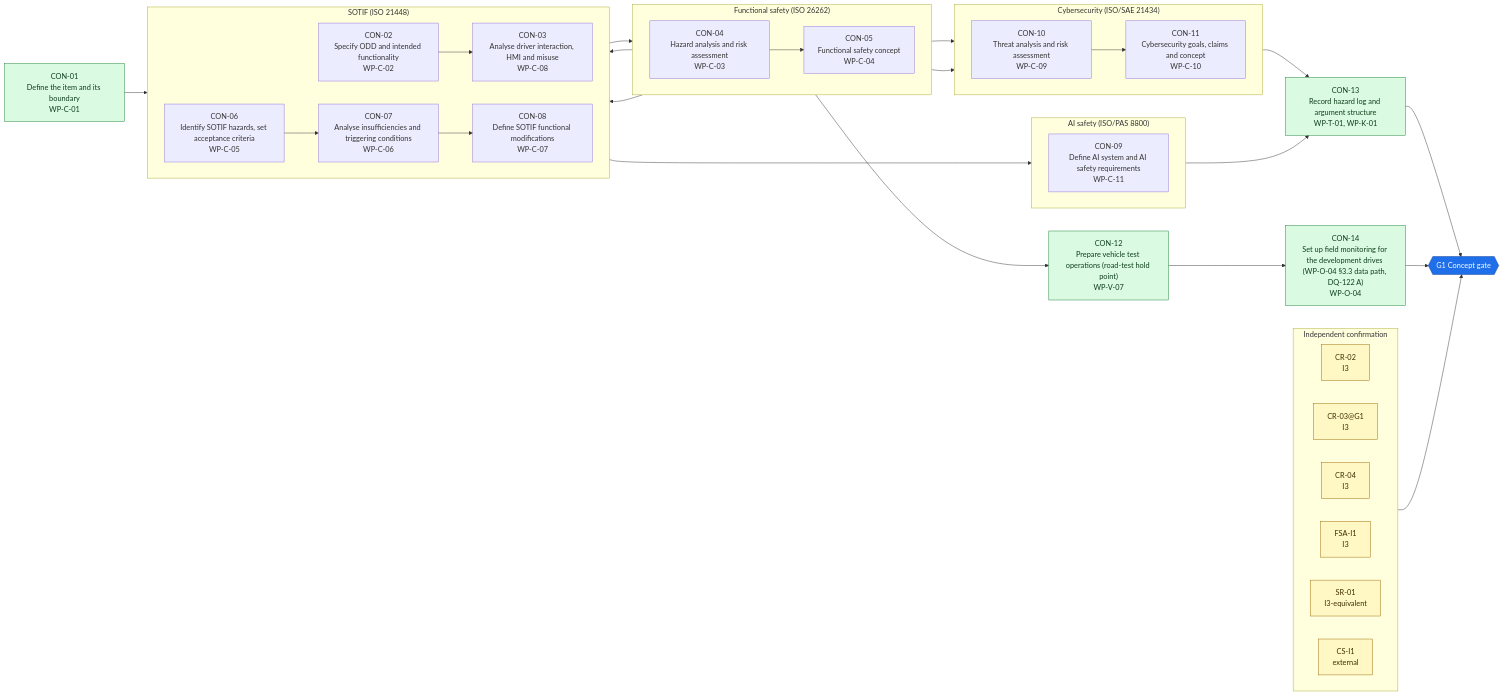
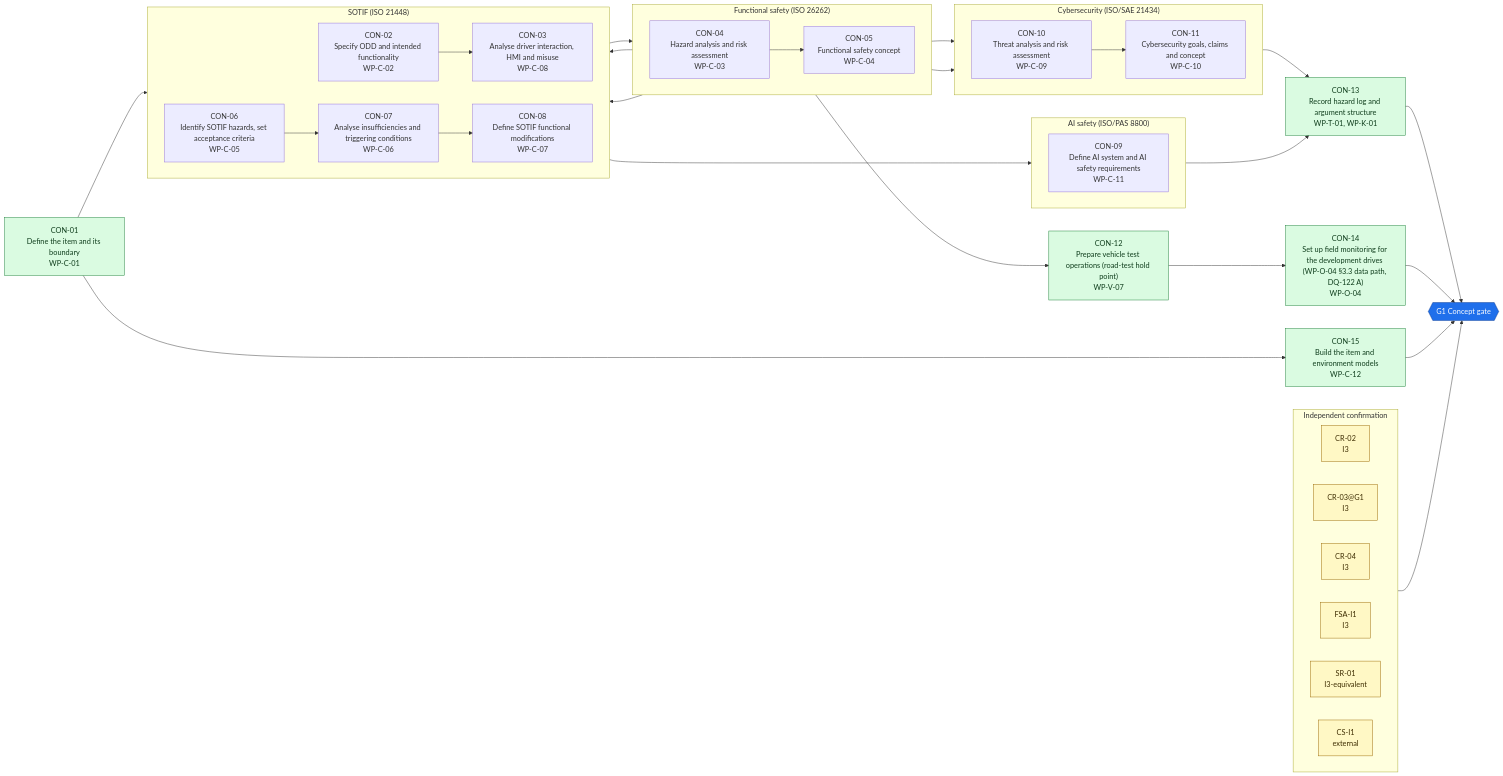
One commit to jherrodthomas/LionDriver changed the first of 2 diagrams in assurance/process/maps/g1-concept.md. Above: the diagram before and after it, drawn with Mermaid. The commit also changed other lines of this file and 11 other files, not shown here.

First line of the commit message:
Concept phase: item and environment models (WP-C-12, CON-15)

````diff
--- a/assurance/process/maps/g1-concept.md
+++ b/assurance/process/maps/g1-concept.md
@@ -11,64 +11,67 @@
 ```mermaid
 flowchart LR
   CON_01["CON-01<br/>Define the item and its boundary<br/>WP-C-01"]
   CON_12["CON-12<br/>Prepare vehicle test operations (road-test hold point)<br/>WP-V-07"]
   CON_13["CON-13<br/>Record hazard log and argument structure<br/>WP-T-01, WP-K-01"]
   CON_14["CON-14<br/>Set up field monitoring for the development drives (WP-O-04 §3.3 data path, DQ-122 A)<br/>WP-O-04"]
+  CON_15["CON-15<br/>Build the item and environment models<br/>WP-C-12"]
   subgraph L_fusa["Functional safety (ISO 26262)"]
     direction LR
     CON_04["CON-04<br/>Hazard analysis and risk assessment<br/>WP-C-03"]
     CON_05["CON-05<br/>Functional safety concept<br/>WP-C-04"]
   end
   subgraph L_sotif["SOTIF (ISO 21448)"]
     direction LR
     CON_02["CON-02<br/>Specify ODD and intended functionality<br/>WP-C-02"]
     CON_03["CON-03<br/>Analyse driver interaction, HMI and misuse<br/>WP-C-08"]
     CON_06["CON-06<br/>Identify SOTIF hazards, set acceptance criteria<br/>WP-C-05"]
     CON_07["CON-07<br/>Analyse insufficiencies and triggering conditions<br/>WP-C-06"]
     CON_08["CON-08<br/>Define SOTIF functional modifications<br/>WP-C-07"]
   end
   subgraph L_ai["AI safety (ISO/PAS 8800)"]
     direction LR
     CON_09["CON-09<br/>Define AI system and AI safety requirements<br/>WP-C-11"]
   end
   subgraph L_cs["Cybersecurity (ISO/SAE 21434)"]
     direction LR
     CON_10["CON-10<br/>Threat analysis and risk assessment<br/>WP-C-09"]
     CON_11["CON-11<br/>Cybersecurity goals, claims and concept<br/>WP-C-10"]
   end
   subgraph L_assess["Independent confirmation"]
     direction LR
     CR_02["CR-02<br/>I3"]
     CR_03_G1["CR-03@G1<br/>I3"]
     CR_04["CR-04<br/>I3"]
     FSA_I1["FSA-I1<br/>I3"]
     SR_01["SR-01<br/>I3-equivalent"]
     CS_I1["CS-I1<br/>external"]
   end
   GATE{{"G1 Concept gate"}}
   CON_01 --> CON_02
   CON_02 --> CON_03
   CON_03 --> CON_04
   CON_04 --> CON_05
   CON_04 --> CON_06
   CON_06 --> CON_07
   CON_05 --> CON_08
   CON_07 --> CON_08
   CON_08 --> CON_09
   CON_04 --> CON_10
   CON_05 --> CON_11
   CON_10 --> CON_11
   CON_04 --> CON_12
   CON_09 --> CON_13
   CON_11 --> CON_13
   CON_12 --> CON_14
+  CON_01 --> CON_15
   CON_13 --> GATE
   CON_14 --> GATE
+  CON_15 --> GATE
   L_assess --> GATE
   classDef joint fill:#dafbe1,stroke:#1a7f37,color:#0f3d1c
-  class CON_01,CON_12,CON_13,CON_14 joint
+  class CON_01,CON_12,CON_13,CON_14,CON_15 joint
   classDef review fill:#fff8c5,stroke:#9a6700,color:#3d2c00
   class CR_02,CR_03_G1,CR_04,FSA_I1,SR_01,CS_I1 review
   classDef gate fill:#1f6feb,stroke:#0b3d91,color:#ffffff
   class GATE gate
 ```
````
